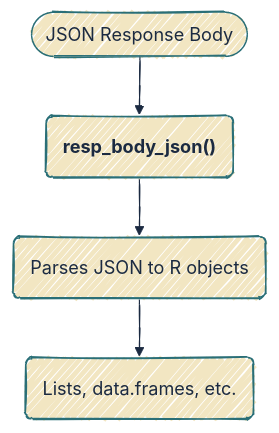
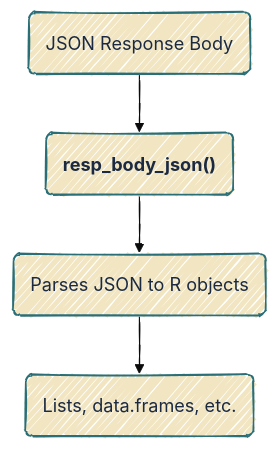
Before and after one commit to mjfrigaard/do4ds-labs: the fifth of 6 diagrams in r-app-api.qmd, drawn with Mermaid. The commit also changed other lines of this file and 37 other files, not shown here.

Commit message:
updates to mermaid

````diff
--- a/r-app-api.qmd
+++ b/r-app-api.qmd
@@ -395,12 +401,13 @@
 ```{mermaid}
 %%| fig-width: 6.5
 %%| fig-align: center
-%%{init: {'theme': 'base', 'look': 'handDrawn', 'themeVariables': { 'fontFamily': 'monospace', 'primaryColor': '#F2E6C2', 'primaryBorderColor': '#2A6F77', 'primaryTextColor': '#1B2A41', 'secondaryColor': '#d4e7e4', 'tertiaryColor': '#f5f0e4', 'lineColor': '#1B2A41', 'edgeLabelBackground': '#F2E6C2'}}}%%
+%%{init: {'theme': 'base', 'look': 'handDrawn', 'themeVariables': {'fontFamily': 'monospace'}}}%%
 
 graph TD
-      A(["JSON Response Body"]) --> B("<strong>resp_body_json()</strong>")
+      A("JSON Response Body") --> B("<strong>resp_body_json()</strong>")
       B --> C("Parses JSON to R objects")
       C --> D("Lists, data.frames, etc.")
+    classDef default fill:#F2E6C2,stroke:#2A6F77,color:#1B2A41
 
 
 ```
````
